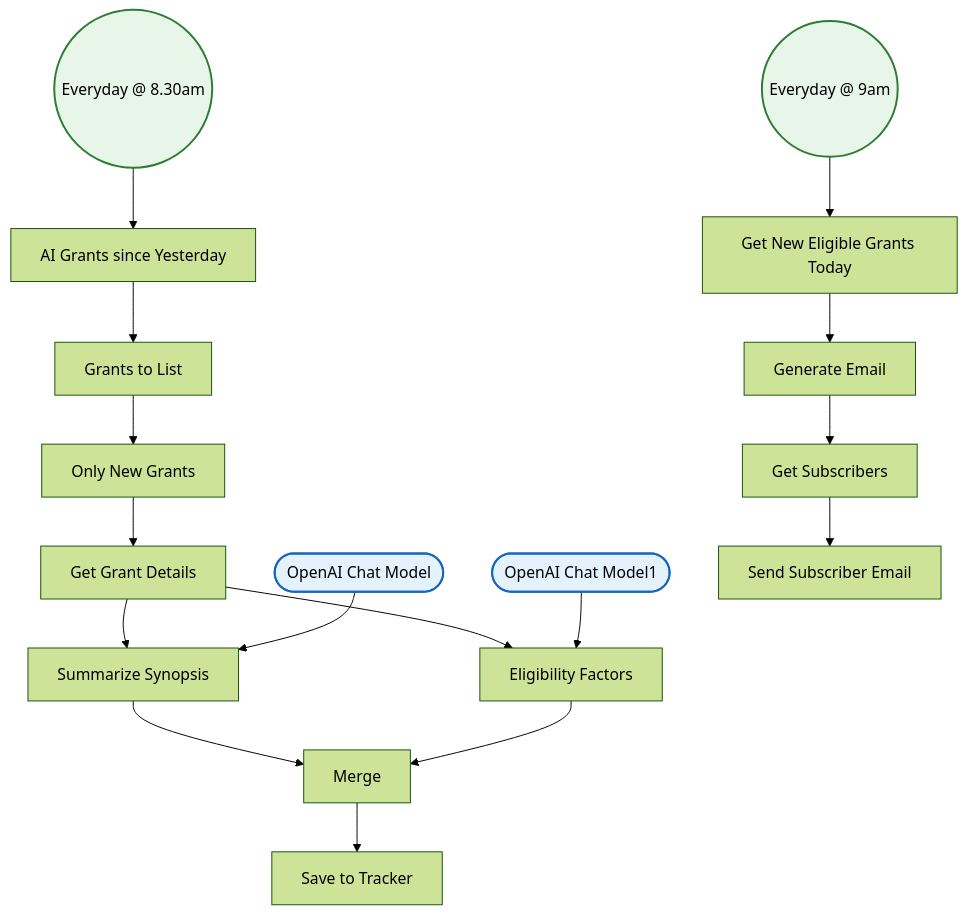
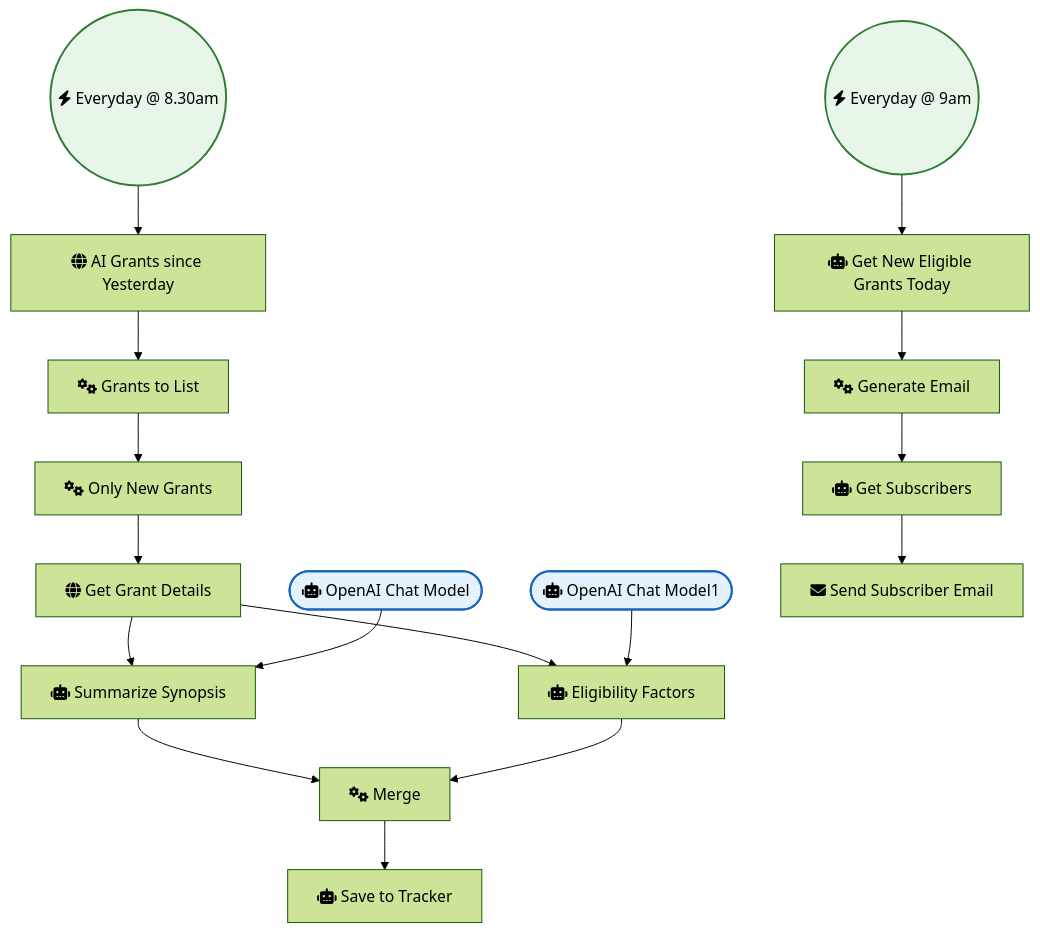
Before and after one commit to sreyash3105/N8N-DEMO-AUTOMATIONS: the diagram in AI_Research_RAG_and_Data_Analysis/Deduplicate Scraping AI Grants for Eligibility using AI.md, drawn with Mermaid (forest theme). The commit also changed 291 other files, not shown here.

````diff
--- a/AI_Research_RAG_and_Data_Analysis/Deduplicate Scraping AI Grants for Eligibility using AI.md
+++ b/AI_Research_RAG_and_Data_Analysis/Deduplicate Scraping AI Grants for Eligibility using AI.md
@@ -1,39 +1,39 @@
 ```mermaid
 graph TD
     classDef trigger fill:#e8f5e9,stroke:#2e7d32,stroke-width:2px;
     classDef ai fill:#e3f2fd,stroke:#1565c0,stroke-width:2px;
     classDef logic fill:#fff3e0,stroke:#ef6c00,stroke-width:2px;
 
-    Grants_to_List["Grants to List"]
-    Get_Grant_Details["Get Grant Details"]
-    OpenAI_Chat_Model(["OpenAI Chat Model"]):::ai
-    Summarize_Synopsis["Summarize Synopsis"]
-    Eligibility_Factors["Eligibility Factors"]
-    OpenAI_Chat_Model1(["OpenAI Chat Model1"]):::ai
-    Merge["Merge"]
-    Save_to_Tracker["Save to Tracker"]
-    Only_New_Grants["Only New Grants"]
-    AI_Grants_since_Yesterday["AI Grants since Yesterday"]
-    Get_New_Eligible_Grants_Today["Get New Eligible Grants Today"]
-    Generate_Email["Generate Email"]
-    Everyday___9am(("Everyday @ 9am")):::trigger
-    Everyday___8_30am(("Everyday @ 8.30am")):::trigger
-    Get_Subscribers["Get Subscribers"]
-    Send_Subscriber_Email["Send Subscriber Email"]
+    Grants_to_List["fas:fa-cogs Grants to List"]
+    Get_Grant_Details["fas:fa-globe Get Grant Details"]
+    OpenAI_Chat_Model(["fas:fa-robot OpenAI Chat Model"]):::ai
+    Summarize_Synopsis["fas:fa-robot Summarize Synopsis"]
+    Eligibility_Factors["fas:fa-robot Eligibility Factors"]
+    OpenAI_Chat_Model1(["fas:fa-robot OpenAI Chat Model1"]):::ai
+    Merge["fas:fa-cogs Merge"]
+    Save_to_Tracker["fas:fa-robot Save to Tracker"]
+    Only_New_Grants["fas:fa-cogs Only New Grants"]
+    AI_Grants_since_Yesterday["fas:fa-globe AI Grants since Yesterday"]
+    Get_New_Eligible_Grants_Today["fas:fa-robot Get New Eligible Grants Today"]
+    Generate_Email["fas:fa-cogs Generate Email"]
+    Everyday___9am(("fas:fa-bolt Everyday @ 9am")):::trigger
+    Everyday___8_30am(("fas:fa-bolt Everyday @ 8.30am")):::trigger
+    Get_Subscribers["fas:fa-robot Get Subscribers"]
+    Send_Subscriber_Email["fas:fa-envelope Send Subscriber Email"]
 
     Merge --> Save_to_Tracker
     Everyday___9am --> Get_New_Eligible_Grants_Today
     Generate_Email --> Get_Subscribers
     Grants_to_List --> Only_New_Grants
     Get_Subscribers --> Send_Subscriber_Email
     Only_New_Grants --> Get_Grant_Details
     Everyday___8_30am --> AI_Grants_since_Yesterday
     Get_Grant_Details --> Summarize_Synopsis
     Get_Grant_Details --> Eligibility_Factors
     OpenAI_Chat_Model --> Summarize_Synopsis
     OpenAI_Chat_Model1 --> Eligibility_Factors
     Summarize_Synopsis --> Merge
     Eligibility_Factors --> Merge
     AI_Grants_since_Yesterday --> Grants_to_List
     Get_New_Eligible_Grants_Today --> Generate_Email
 ```
````
